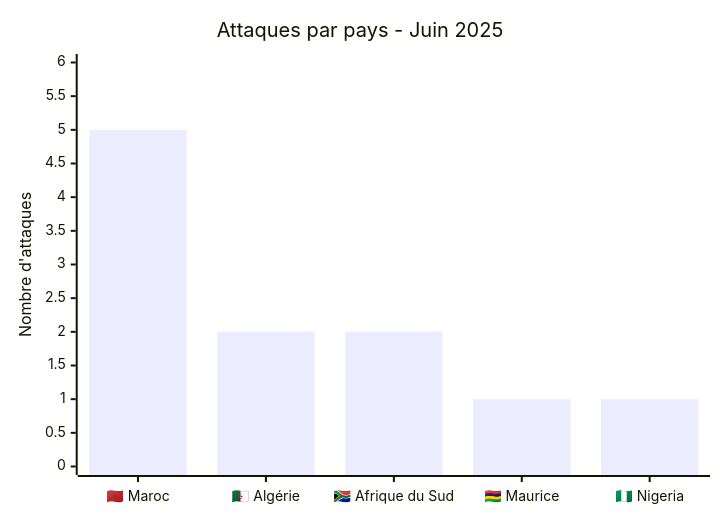
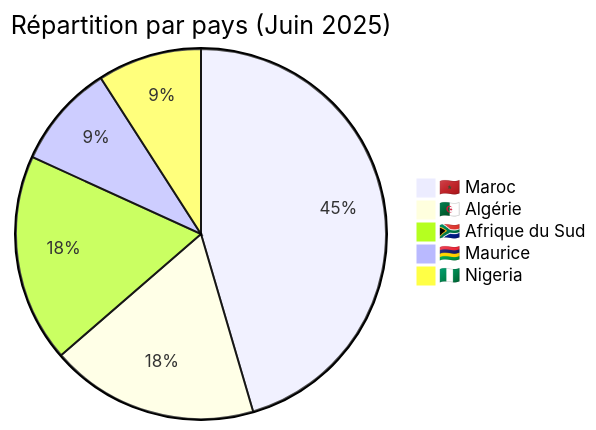
One commit to Hatchepsoute/AFRINTEL changed the third of 5 diagrams in reports/2025/06-june/README_FR.md. Above: the diagram before and after it, drawn with Mermaid. The commit also changed other lines of this file and 1 other file, not shown here.

Commit message:
Rapport CTI : Cyberattaques en Afrique Juin 2025

````diff
--- a/reports/2025/06-june/README_FR.md
+++ b/reports/2025/06-june/README_FR.md
@@ -63,7 +79,8 @@
 ```mermaid
-xychart-beta
-    title "Attaques par pays - Juin 2025"
-    x-axis ["🇲🇦 Maroc", "🇩🇿 Algérie", "🇿🇦 Afrique du Sud", "🇲🇺 Maurice", "🇳🇬 Nigeria"]
-    y-axis "Nombre d'attaques" 0 --> 6
-    bar [5, 2, 2, 1, 1]
+pie title Répartition par pays (Juin 2025)
+    "🇲🇦 Maroc" : 5
+    "🇩🇿 Algérie" : 2
+    "🇿🇦 Afrique du Sud" : 2
+    "🇲🇺 Maurice" : 1
+    "🇳🇬 Nigeria" : 1
 ```
````
